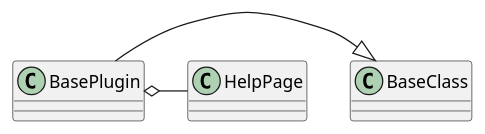
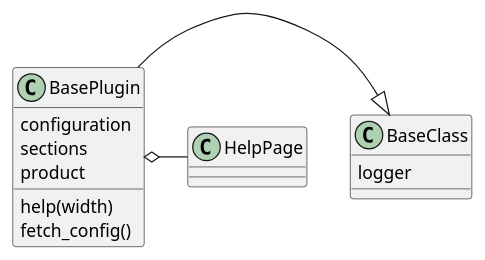
One commit to russell-n/theape changed the diagram in arachneape/plugins/base_plugin.rst. Above: the diagram before and after it, drawn with PlantUML. The commit also changed other lines of this file and 81 other files, not shown here.

Commit message:
Added documentation to the BasePlugin, QuarterMaster, and ArachneApe plugin. Started ConfigurationMap

```diff
--- a/arachneape/plugins/base_plugin.rst
+++ b/arachneape/plugins/base_plugin.rst
@@ -8,4 +27,10 @@
 .. uml::
 
    BasePlugin -|> BaseClass
+   BaseClass : logger
+   BasePlugin : configuration
    BasePlugin o- HelpPage
+   BasePlugin : sections
+   BasePlugin : product
+   BasePlugin : help(width)
+   BasePlugin : fetch_config()
```
